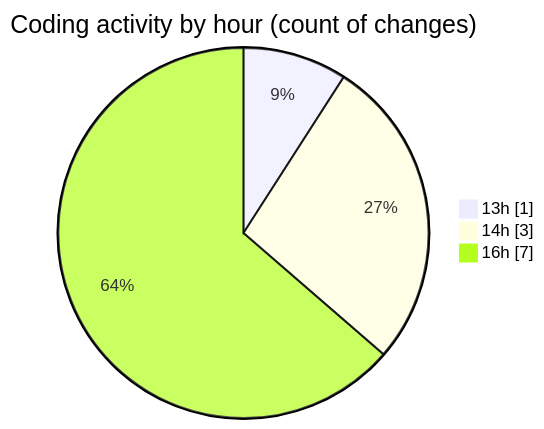
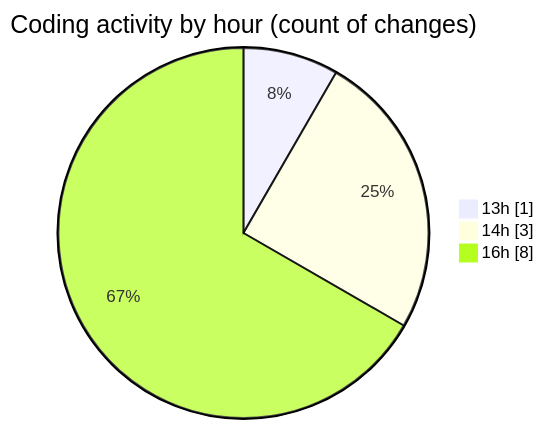
The second of 2 diagrams in 2026-04-27/cilapp/README.md (ricardozamudiocil/code-tracking), drawn with Mermaid before and after one commit. The commit also changed other lines of this file and 1 other file, not shown here.

````diff
--- a/2026-04-27/cilapp/README.md
+++ b/2026-04-27/cilapp/README.md
@@ -31,7 +31,7 @@
 ```mermaid
 pie showData
 title Coding activity by hour (count of changes)
 "13h" : 1
 "14h" : 3
-"16h" : 7
+"16h" : 8
 ```
````
